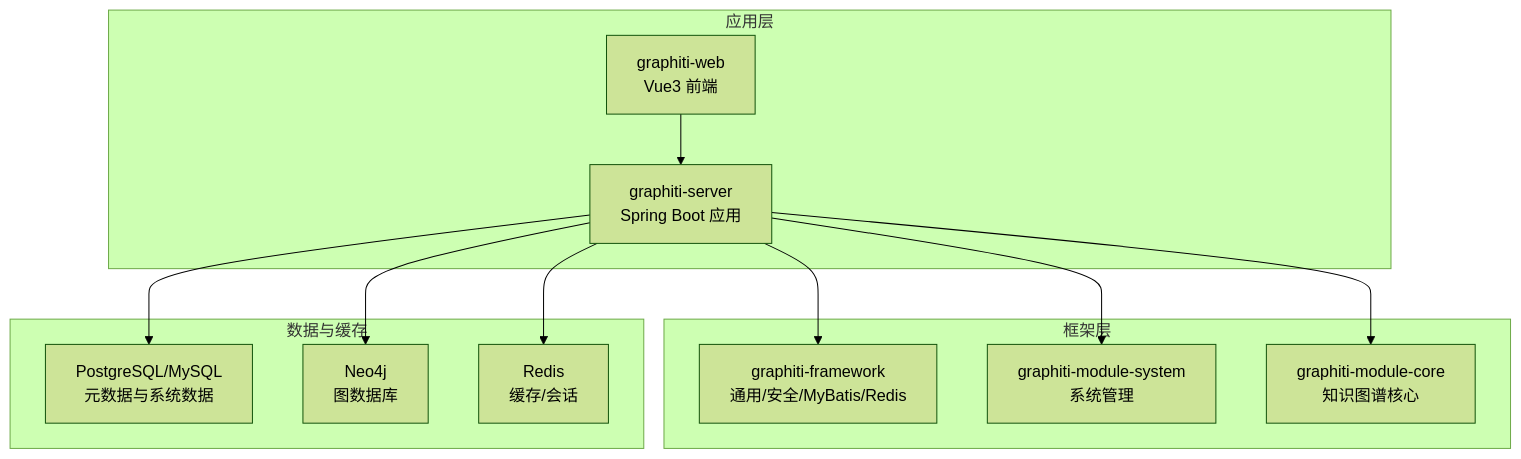
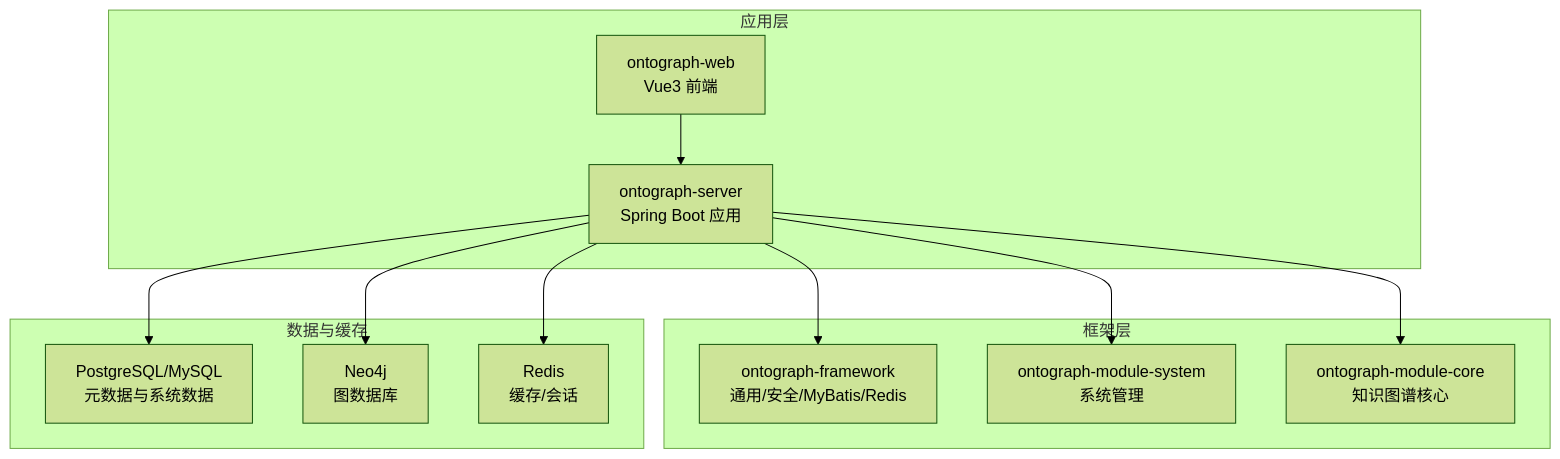
The first of 5 diagrams in docs/manual/部署运维/部署运维.md (joezxh/graphiti-java), drawn with Mermaid (forest theme) before and after one commit. The commit also changed other lines of this file and 200 other files, not shown here.

````diff
--- a/docs/manual/部署运维/部署运维.md
+++ b/docs/manual/部署运维/部署运维.md
@@ -36,24 +36,24 @@
 ```mermaid
 graph TB
 subgraph "应用层"
-S["graphiti-server<br/>Spring Boot 应用"]
-W["graphiti-web<br/>Vue3 前端"]
+S["ontograph-server<br/>Spring Boot 应用"]
+W["ontograph-web<br/>Vue3 前端"]
 end
 subgraph "框架层"
-F1["graphiti-framework<br/>通用/安全/MyBatis/Redis"]
-F2["graphiti-module-system<br/>系统管理"]
-F3["graphiti-module-core<br/>知识图谱核心"]
+F1["ontograph-framework<br/>通用/安全/MyBatis/Redis"]
+F2["ontograph-module-system<br/>系统管理"]
+F3["ontograph-module-core<br/>知识图谱核心"]
 end
 subgraph "数据与缓存"
 PG["PostgreSQL/MySQL<br/>元数据与系统数据"]
 N4J["Neo4j<br/>图数据库"]
 RDS["Redis<br/>缓存/会话"]
 end
 S --> F1
 S --> F2
 S --> F3
 S --> PG
 S --> N4J
 S --> RDS
 W --> S
 ```
````
